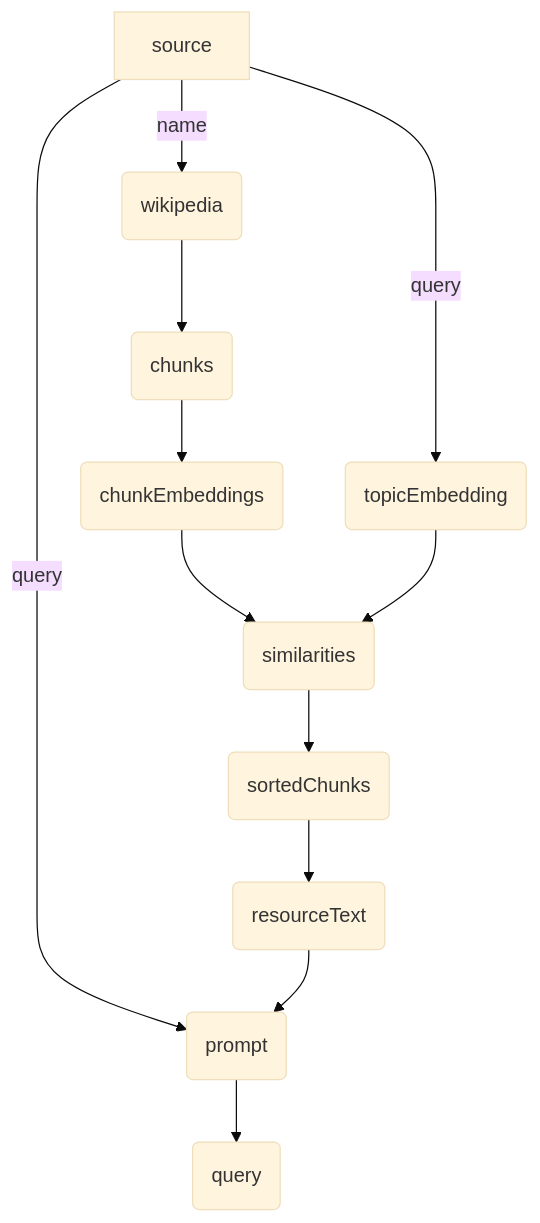
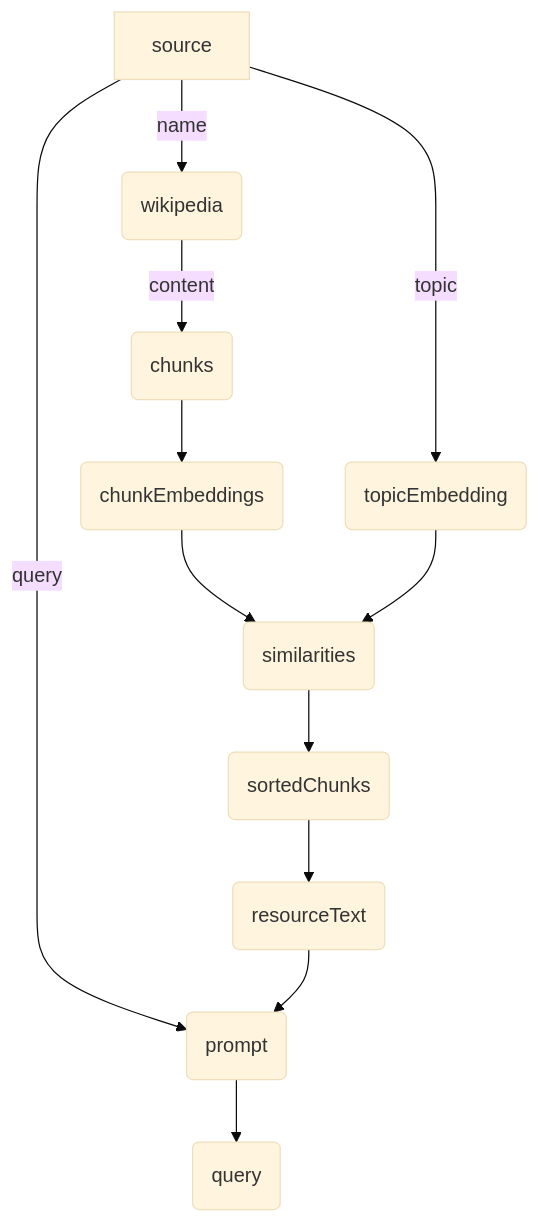
One commit to receptron/graphai changed the first of 5 diagrams in packages/graphai/README.template.md. Above: the diagram before and after it, drawn with Mermaid (base theme).

Commit message:
changes in first mermaid

````diff
--- a/packages/graphai/README.template.md
+++ b/packages/graphai/README.template.md
@@ -21,14 +21,14 @@
 ```mermaid
 flowchart TD
  source -- name --> wikipedia(wikipedia)
- source -- query --> topicEmbedding(topicEmbedding)
- wikipedia --> chunks(chunks)
+ source -- topic --> topicEmbedding(topicEmbedding)
+ wikipedia -- content --> chunks(chunks)
  chunks --> chunkEmbeddings(chunkEmbeddings)
  chunkEmbeddings --> similarities(similarities)
  topicEmbedding --> similarities
  similarities --> sortedChunks(sortedChunks)
  sortedChunks --> referenceText(resourceText)
  source -- query --> prompt(prompt)
  referenceText --> prompt
  prompt --> RagQuery(query)
 ```
````
